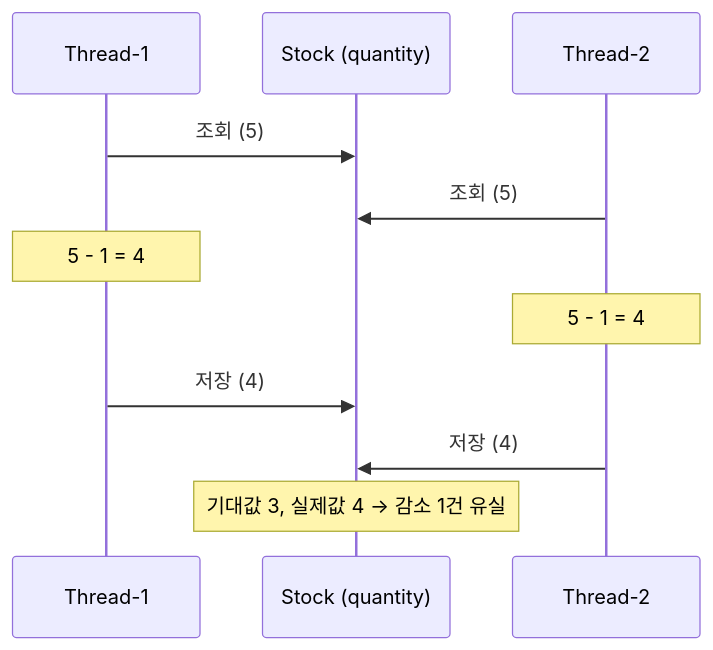
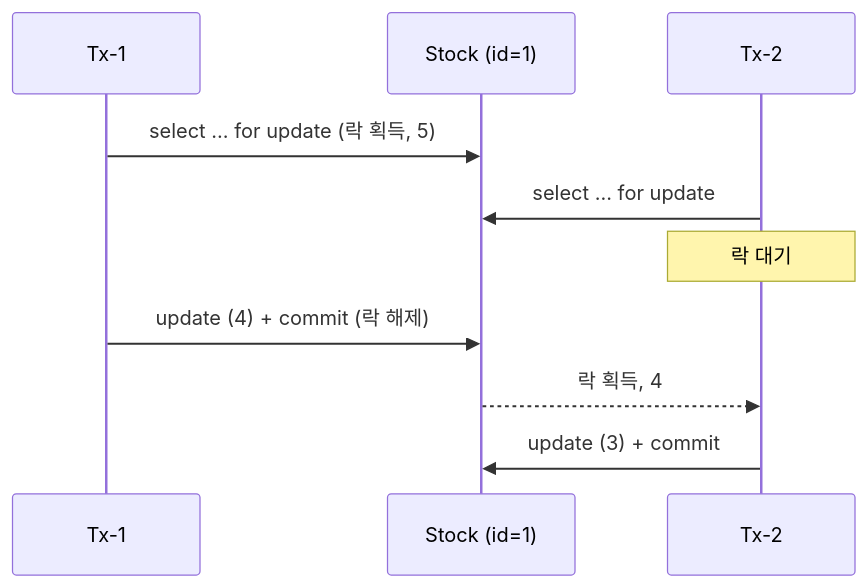
The diagram in README.md (janghappy/stock-concurrency), drawn with Mermaid before and after one commit. The commit also changed other lines of this file and 1 other file, not shown here.

````diff
--- a/README.md
+++ b/README.md
@@ -17,14 +40,13 @@
 ```mermaid
 sequenceDiagram
-    participant T1 as Thread-1
-    participant DB as Stock (quantity)
-    participant T2 as Thread-2
+    participant T1 as Tx-1
+    participant DB as Stock (id=1)
+    participant T2 as Tx-2
 
-    T1->>DB: 조회 (5)
-    T2->>DB: 조회 (5)
-    Note over T1: 5 - 1 = 4
-    Note over T2: 5 - 1 = 4
-    T1->>DB: 저장 (4)
-    T2->>DB: 저장 (4)
-    Note over DB: 기대값 3, 실제값 4 → 감소 1건 유실
+    T1->>DB: select ... for update (락 획득, 5)
+    T2->>DB: select ... for update
+    Note over T2: 락 대기
+    T1->>DB: update (4) + commit (락 해제)
+    DB-->>T2: 락 획득, 4
+    T2->>DB: update (3) + commit
 ```
````
